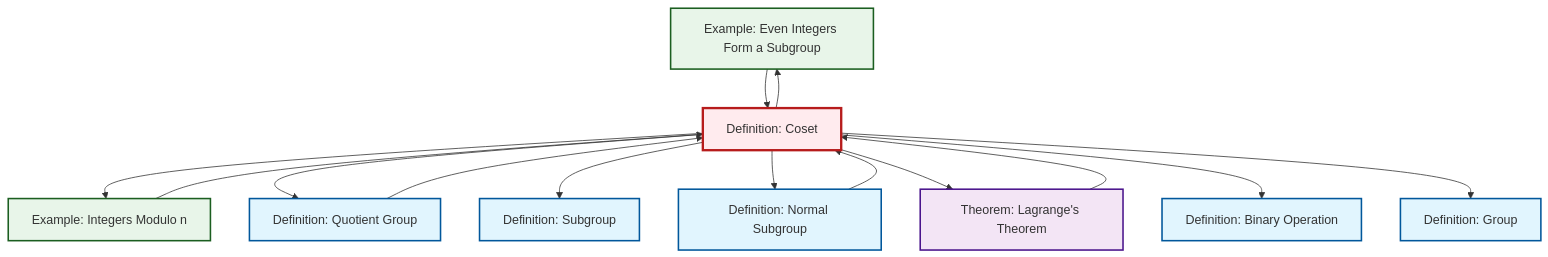
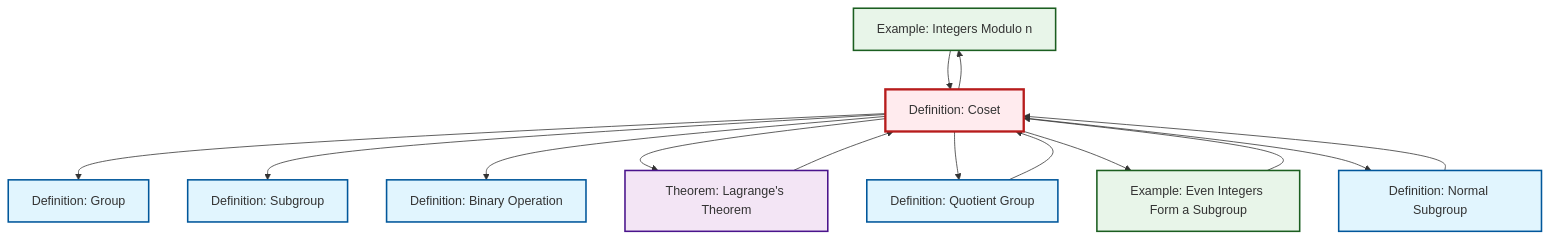
The diagram in content/ja/algebra/def-coset.qmd (RK0429/ModernMath), drawn with Mermaid before and after one commit. The commit also changed other lines of this file and 434 other files, not shown here.

````diff
--- a/content/ja/algebra/def-coset.qmd
+++ b/content/ja/algebra/def-coset.qmd
@@ -157,40 +157,40 @@
 ```{mermaid}
 %%| fig-cap: "Local dependency graph"
 graph TD
     classDef definition fill:#e1f5fe,stroke:#01579b,stroke-width:2px
     classDef theorem fill:#f3e5f5,stroke:#4a148c,stroke-width:2px
     classDef axiom fill:#fff3e0,stroke:#e65100,stroke-width:2px
     classDef example fill:#e8f5e9,stroke:#1b5e20,stroke-width:2px
     classDef current fill:#ffebee,stroke:#b71c1c,stroke-width:3px
+    ex-quotient-integers-mod-n["Example: Integers Modulo n"]:::example
+    def-coset["Definition: Coset"]:::definition
+    def-group["Definition: Group"]:::definition
+    def-binary-operation["Definition: Binary Operation"]:::definition
+    def-normal-subgroup["Definition: Normal Subgroup"]:::definition
+    def-quotient-group["Definition: Quotient Group"]:::definition
+    thm-lagrange["Theorem: Lagrange's Theorem"]:::theorem
     ex-even-integers-subgroup["Example: Even Integers Form a Subgroup"]:::example
-    def-coset["Definition: Coset"]:::definition
-    def-normal-subgroup["Definition: Normal Subgroup"]:::definition
-    ex-quotient-integers-mod-n["Example: Integers Modulo n"]:::example
-    def-binary-operation["Definition: Binary Operation"]:::definition
-    def-quotient-group["Definition: Quotient Group"]:::definition
     def-subgroup["Definition: Subgroup"]:::definition
-    def-group["Definition: Group"]:::definition
-    thm-lagrange["Theorem: Lagrange's Theorem"]:::theorem
+    ex-even-integers-subgroup --> def-coset
+    def-coset --> def-group
+    def-coset --> def-subgroup
+    def-coset --> def-binary-operation
+    thm-lagrange --> def-coset
+    def-coset --> ex-quotient-integers-mod-n
+    def-coset --> thm-lagrange
+    def-coset --> def-quotient-group
+    def-quotient-group --> def-coset
+    def-normal-subgroup --> def-coset
+    def-coset --> ex-even-integers-subgroup
     ex-quotient-integers-mod-n --> def-coset
-    def-coset --> ex-even-integers-subgroup
-    def-coset --> ex-quotient-integers-mod-n
-    def-coset --> def-quotient-group
-    def-coset --> def-subgroup
-    thm-lagrange --> def-coset
     def-coset --> def-normal-subgroup
-    def-normal-subgroup --> def-coset
-    def-coset --> thm-lagrange
-    ex-even-integers-subgroup --> def-coset
-    def-coset --> def-binary-operation
-    def-quotient-group --> def-coset
-    def-coset --> def-group
     class def-coset current
+    click ex-quotient-integers-mod-n "ex-quotient-integers-mod-n.html" "Example: Integers Modulo nへ"
+    click def-group "def-group.html" "Definition: Groupへ"
+    click def-binary-operation "def-binary-operation.html" "Definition: Binary Operationへ"
+    click def-normal-subgroup "def-normal-subgroup.html" "Definition: Normal Subgroupへ"
+    click def-quotient-group "def-quotient-group.html" "Definition: Quotient Groupへ"
+    click thm-lagrange "thm-lagrange.html" "Theorem: Lagrange's Theoremへ"
     click ex-even-integers-subgroup "ex-even-integers-subgroup.html" "Example: Even Integers Form a Subgroupへ"
-    click def-normal-subgroup "def-normal-subgroup.html" "Definition: Normal Subgroupへ"
-    click ex-quotient-integers-mod-n "ex-quotient-integers-mod-n.html" "Example: Integers Modulo nへ"
-    click def-binary-operation "def-binary-operation.html" "Definition: Binary Operationへ"
-    click def-quotient-group "def-quotient-group.html" "Definition: Quotient Groupへ"
     click def-subgroup "def-subgroup.html" "Definition: Subgroupへ"
-    click def-group "def-group.html" "Definition: Groupへ"
-    click thm-lagrange "thm-lagrange.html" "Theorem: Lagrange's Theoremへ"
 ```
````
